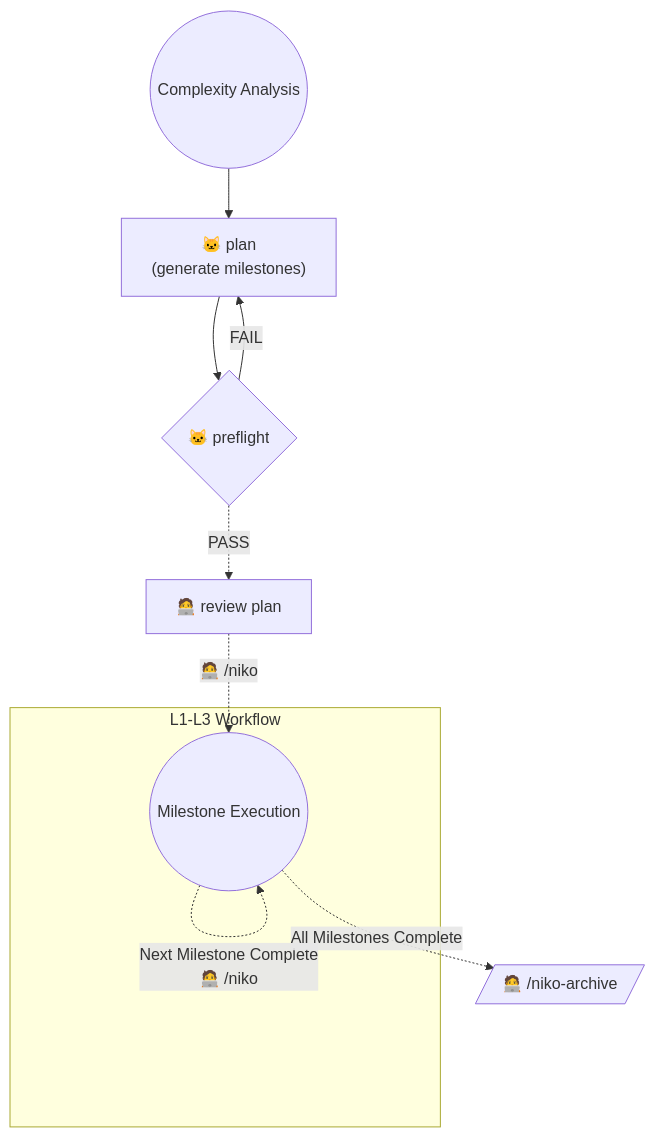
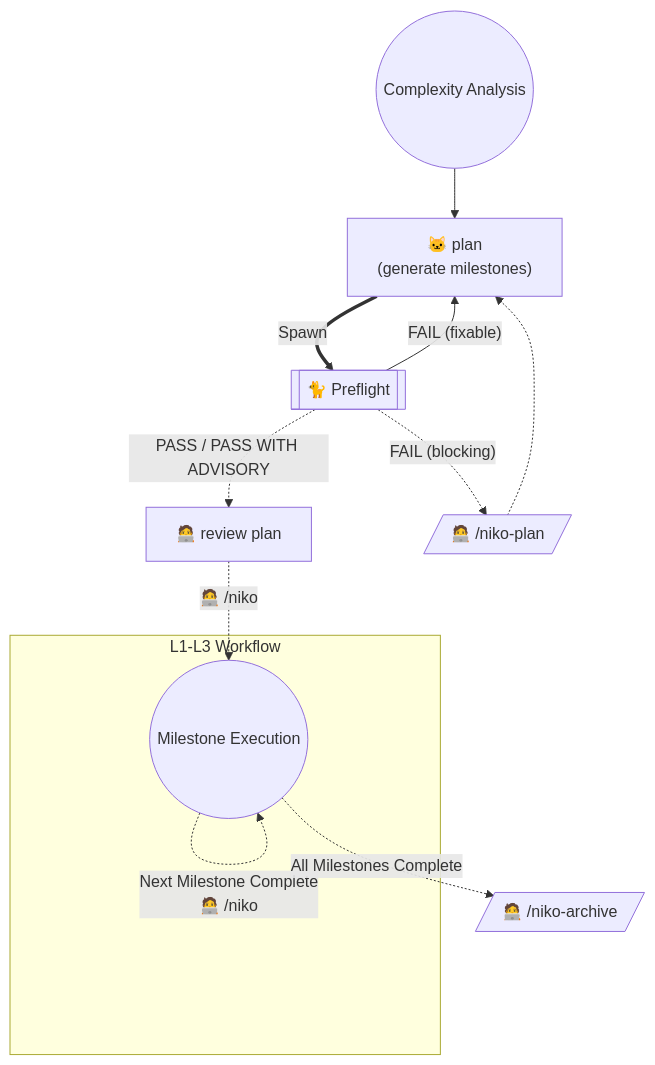
The diagram in .cursor/skills/shared/niko/references/level4/level4-workflow.md (Texarkanine/stockroom), drawn with Mermaid before and after one commit. The commit also changed other lines of this file and 17 other files, not shown here.

````diff
--- a/.cursor/skills/shared/niko/references/level4/level4-workflow.md
+++ b/.cursor/skills/shared/niko/references/level4/level4-workflow.md
@@ -9,13 +9,15 @@
 ```mermaid
 graph TD
     Start(("Complexity Analysis")) --> NikoPlan["🐱 plan<br>(generate milestones)"]
-    NikoPlan --> NikoPreflight{"🐱 preflight"}
-    NikoPreflight -->|"FAIL"| NikoPlan
-    NikoPreflight -.->|"PASS"| ManualReview["🧑‍💻 review plan"]
+    NikoPlan ==Spawn==> NikoPreflight[["🐈 Preflight"]]
+    NikoPreflight -.->|"PASS / PASS WITH ADVISORY"| ManualReview["🧑‍💻 review plan"]
+    NikoPreflight -->|"FAIL (fixable)"| NikoPlan
+    NikoPreflight -.->|"FAIL (blocking)"| ManualPlan[/"🧑‍💻 /niko-plan"/]
+    ManualPlan -.-> NikoPlan
     ManualReview -.->|"🧑‍💻 /niko"| Niko
     subgraph SubWorkflow["L1-L3 Workflow"]
         Niko(("Milestone Execution"))
         Niko -.->|"Next Milestone Complete<br>🧑‍💻 /niko"| Niko
     end
     Niko -.->|"All Milestones Complete"| NikoArchive[/"🧑‍💻 /niko-archive"/]
 ```
````
